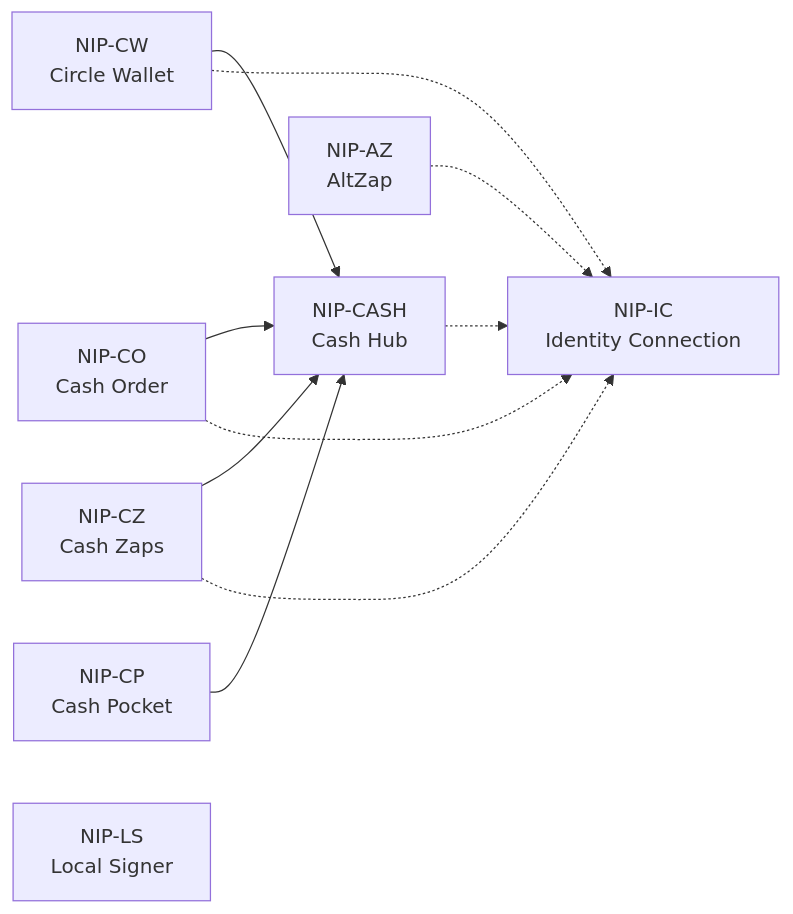
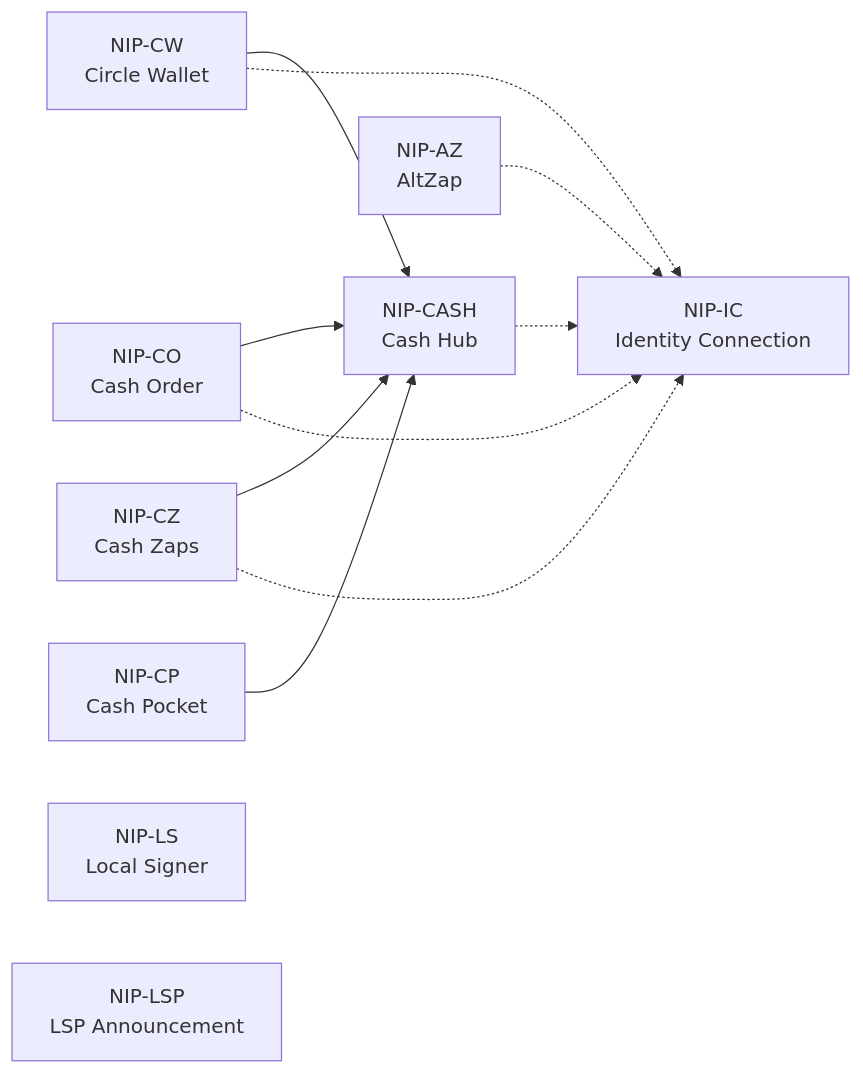
One commit to ohstr/nips changed the diagram in README.md. Above: the diagram before and after it, drawn with Mermaid. The commit also changed other lines of this file and 1 other file, not shown here.

Commit message:
docs(nip-lsp): add the Lightning Service Provider Announcement (kind 10735)

````diff
--- a/README.md
+++ b/README.md
@@ -20,15 +21,16 @@
 ```mermaid
 flowchart LR
     CASH[NIP-CASH<br/>Cash Hub]
     CW[NIP-CW<br/>Circle Wallet] --> CASH
     CO[NIP-CO<br/>Cash Order] --> CASH
     CP[NIP-CP<br/>Cash Pocket] --> CASH
     CZ[NIP-CZ<br/>Cash Zaps] --> CASH
     IC[NIP-IC<br/>Identity Connection]
     AZ[NIP-AZ<br/>AltZap] -.-> IC
     CZ -.-> IC
     CW -.-> IC
     CO -.-> IC
     CASH -.-> IC
     LS[NIP-LS<br/>Local Signer]
+    LSP[NIP-LSP<br/>LSP Announcement]
 ```
````
